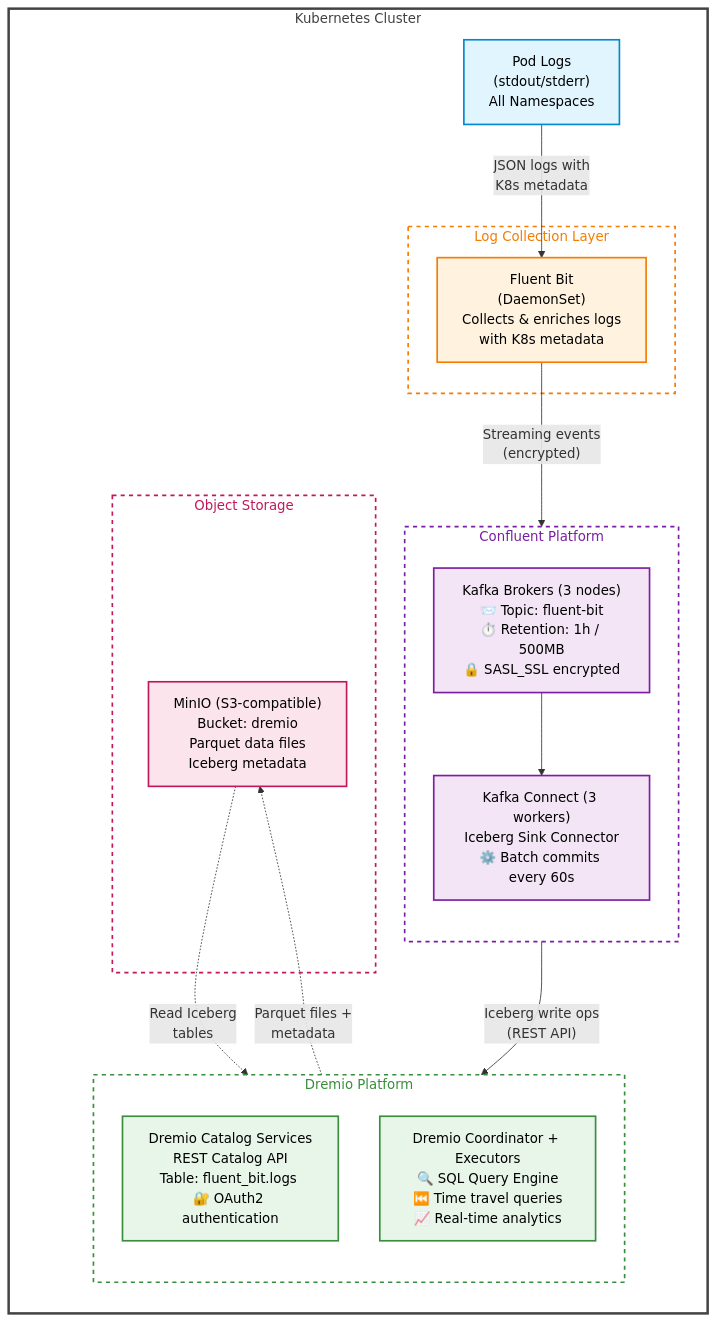
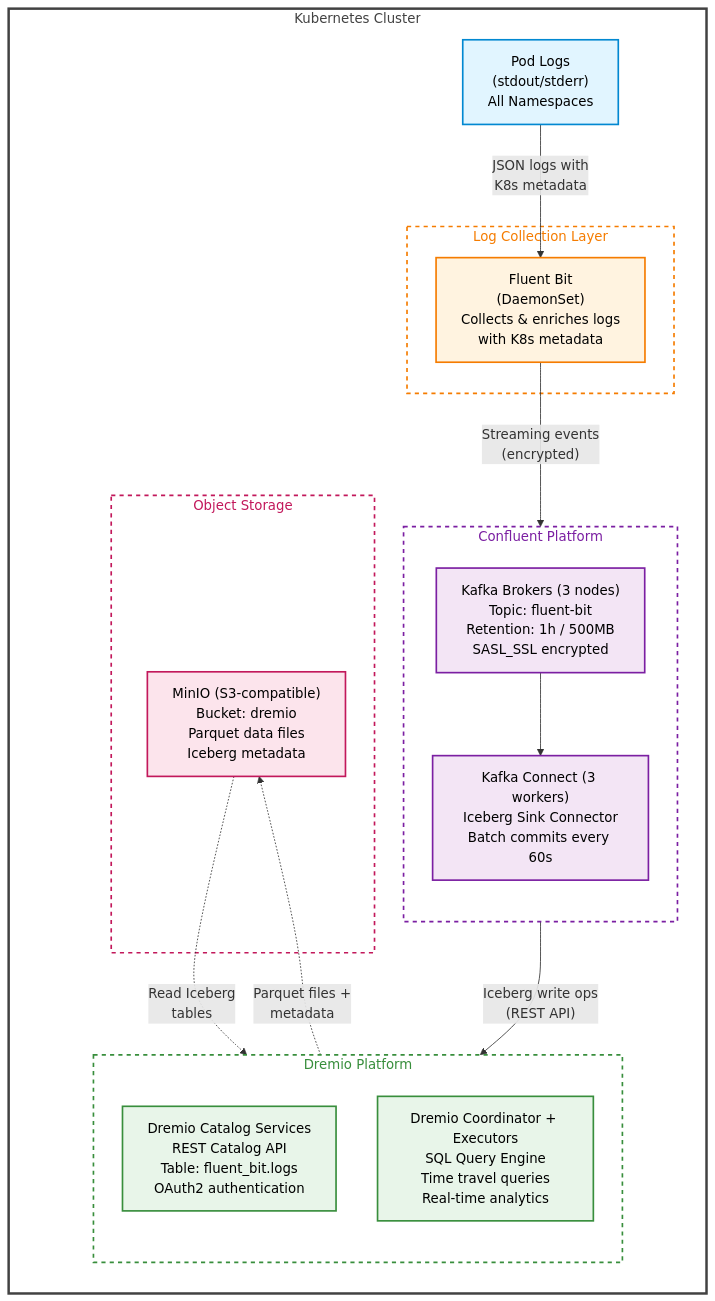
Before and after one commit to carlos-ffs/confluent-dremio-flink-logs: the diagram in README.md, drawn with Mermaid.

Commit message:
last doc change

````diff
--- a/README.md
+++ b/README.md
@@ -45,48 +45,48 @@
 ```mermaid
 graph TD
     subgraph k8s["Kubernetes Cluster"]
         direction TB
         pods["Pod Logs<br/>(stdout/stderr)<br/>All Namespaces"]
 
         subgraph fluent["Log Collection Layer"]
             fb["Fluent Bit<br/>(DaemonSet)<br/>Collects & enriches logs<br/>with K8s metadata"]
         end
 
         subgraph confluent["Confluent Platform"]
             direction TB
-            kafka["Kafka Brokers (3 nodes)<br/>📨 Topic: fluent-bit<br/>⏱️ Retention: 1h / 500MB<br/>🔒 SASL_SSL encrypted"]
-            connect["Kafka Connect (3 workers)<br/>Iceberg Sink Connector<br/>⚙️ Batch commits every 60s"]
+            kafka["Kafka Brokers (3 nodes)<br/>Topic: fluent-bit<br/>Retention: 1h / 500MB<br/>SASL_SSL encrypted"]
+            connect["Kafka Connect (3 workers)<br/>Iceberg Sink Connector<br/>Batch commits every 60s"]
             kafka --> connect
         end
 
         subgraph dremio["Dremio Platform"]
             direction TB
-            catalog["Dremio Catalog Services<br/>REST Catalog API<br/>Table: fluent_bit.logs <br/>🔐 OAuth2 authentication"]
-            coordinator["Dremio Coordinator + Executors<br/>🔍 SQL Query Engine<br/>⏮️ Time travel queries<br/>📈 Real-time analytics"]
+            catalog["Dremio Catalog Services<br/>REST Catalog API<br/>Table: fluent_bit.logs <br/>OAuth2 authentication"]
+            coordinator["Dremio Coordinator + Executors<br/>SQL Query Engine<br/>Time travel queries<br/>Real-time analytics"]
         end
 
         subgraph storage["Object Storage"]
             minio["MinIO (S3-compatible)<br/>Bucket: dremio<br/>Parquet data files<br/>Iceberg metadata"]
         end
     end
 
     pods -->|"JSON logs with<br/>K8s metadata"| fb
     fb -->|"Streaming events<br/>(encrypted)"| kafka
     connect -->|"Iceberg write ops<br/>(REST API)"| catalog
     catalog -.->|"Parquet files +<br/>metadata"| minio
     minio -.->|"Read Iceberg<br/>tables"| coordinator
 
     style pods fill:#e1f5ff,stroke:#0288d1,stroke-width:2px,color:#000
     style fb fill:#fff3e0,stroke:#f57c00,stroke-width:2px,color:#000
     style kafka fill:#f3e5f5,stroke:#7b1fa2,stroke-width:2px,color:#000
     style connect fill:#f3e5f5,stroke:#7b1fa2,stroke-width:2px,color:#000
     style catalog fill:#e8f5e9,stroke:#388e3c,stroke-width:2px,color:#000
     style coordinator fill:#e8f5e9,stroke:#388e3c,stroke-width:2px,color:#000
     style minio fill:#fce4ec,stroke:#c2185b,stroke-width:2px,color:#000
 
     style k8s fill:none,stroke:#424242,stroke-width:3px,color:#424242
     style fluent fill:none,stroke:#f57c00,stroke-width:2px,stroke-dasharray: 5 5,color:#f57c00
     style confluent fill:none,stroke:#7b1fa2,stroke-width:2px,stroke-dasharray: 5 5,color:#7b1fa2
     style dremio fill:none,stroke:#388e3c,stroke-width:2px,stroke-dasharray: 5 5,color:#388e3c
     style storage fill:none,stroke:#c2185b,stroke-width:2px,stroke-dasharray: 5 5,color:#c2185b
 ```
````
